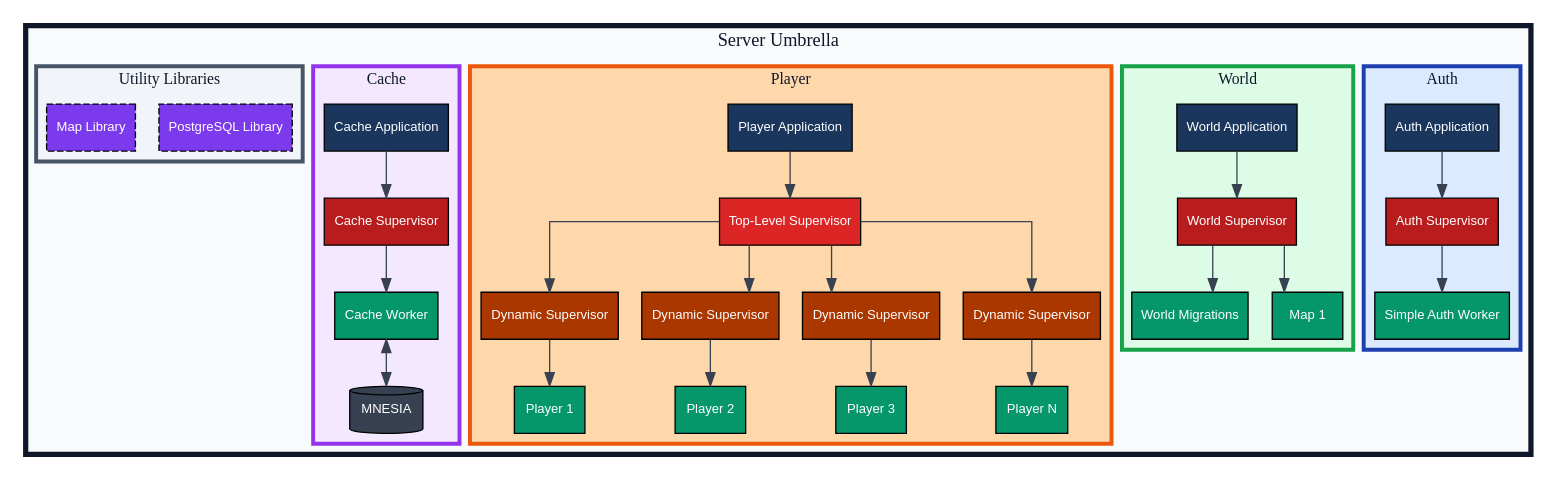
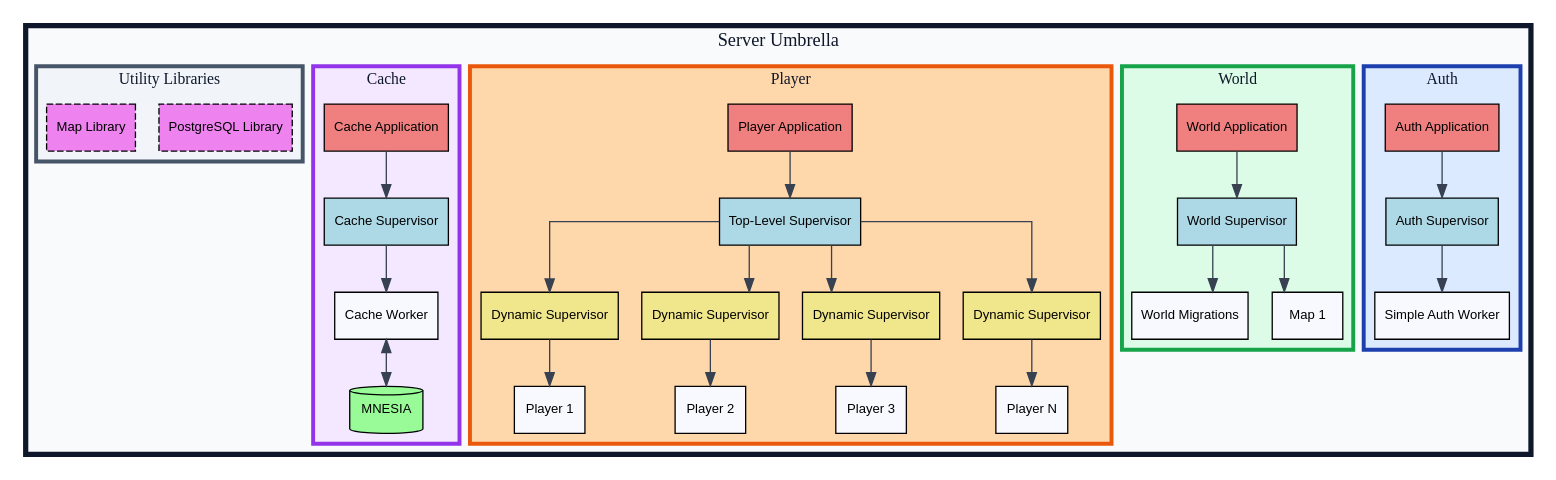
One commit to dont-rely-on-nulls/gambiconf-2025 changed diagram 16 of 18 in presentation.org. Above: the diagram before and after it, drawn with Graphviz. The commit also changed other lines of this file and 19 other files, not shown here.

```diff
--- a/presentation.org
+++ b/presentation.org
@@ -851,7 +851,7 @@
   newrank=true;
   splines=ortho;
   
-  node [shape=box, style=filled, fontname="Arial", fontsize=10, fontcolor=white];
+  node [shape=box, style=filled, fontname="Arial", fontsize=10, fontcolor=black];
   edge [fontname="Arial", fontsize=5, color="#374151"];
   
   // Umbrella Subgraph
@@ -872,9 +872,9 @@
       penwidth=3;
       fontsize=12;
       
-      AA [label="Auth Application", fillcolor="#1a365d"];
-      AS [label="Auth Supervisor", fillcolor="#b91c1c"];
-      SAW [label="Simple Auth Worker", fillcolor="#059669"];
+      AA [label="Auth Application", fillcolor="lightcoral"];
+      AS [label="Auth Supervisor", fillcolor="lightblue"];
+      SAW [label="Simple Auth Worker", fillcolor="ghostwhite"];
 
       AA -> AS;
       AS -> SAW;
@@ -888,10 +888,10 @@
       penwidth=3;
       fontsize=12;
       
-      WA [label="World Application", fillcolor="#1a365d"];
-      WS [label="World Supervisor", fillcolor="#b91c1c"];
-      WM [label="World Migrations", fillcolor="#059669"];
-      WM1 [label="Map 1", fillcolor="#059669"];
+      WA [label="World Application", fillcolor="lightcoral"];
+      WS [label="World Supervisor", fillcolor="lightblue"];
+      WM [label="World Migrations", fillcolor="ghostwhite"];
+      WM1 [label="Map 1", fillcolor="ghostwhite"];
 
       WA -> WS;
       WS -> WM1;
@@ -906,17 +906,17 @@
       penwidth=3;
       fontsize=12;
       
-      PA [label="Player Application", fillcolor="#1a365d"];
-      TPLS [label="Top-Level Supervisor", fillcolor="#dc2626"];
-      DPS1 [label="Dynamic Supervisor", fillcolor="#aa3600"];
-      DPS2 [label="Dynamic Supervisor", fillcolor="#aa3600"];
-      DPS3 [label="Dynamic Supervisor", fillcolor="#aa3600"];
-      DPSN [label="Dynamic Supervisor", fillcolor="#aa3600"];
+      PA [label="Player Application", fillcolor="lightcoral"];
+      TPLS [label="Top-Level Supervisor", fillcolor="lightblue"];
+      DPS1 [label="Dynamic Supervisor", fillcolor="khaki"];
+      DPS2 [label="Dynamic Supervisor", fillcolor="khaki"];
+      DPS3 [label="Dynamic Supervisor", fillcolor="khaki"];
+      DPSN [label="Dynamic Supervisor", fillcolor="khaki"];
 
-      P1 [label="Player 1", fillcolor="#059669"];
-      P2 [label="Player 2", fillcolor="#059669"];
-      P3 [label="Player 3", fillcolor="#059669"];
-      PN [label="Player N", fillcolor="#059669"];
+      P1 [label="Player 1", fillcolor="ghostwhite"];
+      P2 [label="Player 2", fillcolor="ghostwhite"];
+      P3 [label="Player 3", fillcolor="ghostwhite"];
+      PN [label="Player N", fillcolor="ghostwhite"];
 
       PA -> TPLS;
   
@@ -941,10 +941,10 @@
       penwidth=3;
       fontsize=12;
       
-      CA [label="Cache Application", fillcolor="#1a365d"];
-      CS [label="Cache Supervisor", fillcolor="#b91c1c"];
-      CW [label="Cache Worker", fillcolor="#059669"];
-      MNESIA [label="MNESIA", shape=cylinder, fillcolor="#374151"];
+      CA [label="Cache Application", fillcolor="lightcoral"];
+      CS [label="Cache Supervisor", fillcolor="lightblue"];
+      CW [label="Cache Worker", fillcolor="ghostwhite"];
+      MNESIA [label="MNESIA", shape=cylinder, fillcolor="palegreen"];
 
       CA -> CS;
       CS -> CW;
@@ -960,8 +960,8 @@
       fontsize=12;
       fontname="Arial Bold";
       
-      LPG [label="PostgreSQL Library", fillcolor="#7c3aed", style="filled,dashed"];
-      LMAP [label="Map Library", fillcolor="#7c3aed", style="filled,dashed"];
+      LPG [label="PostgreSQL Library", fillcolor="violet", style="filled,dashed"];
+      LMAP [label="Map Library", fillcolor="violet", style="filled,dashed"];
     }
   }
 }
```
